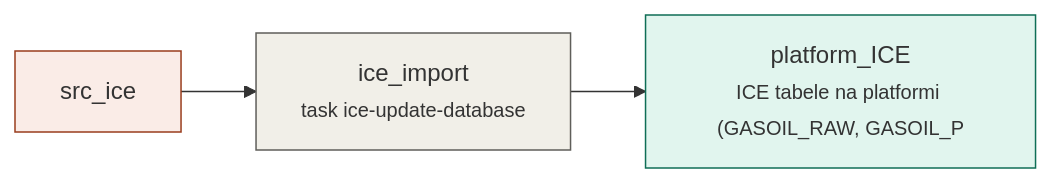
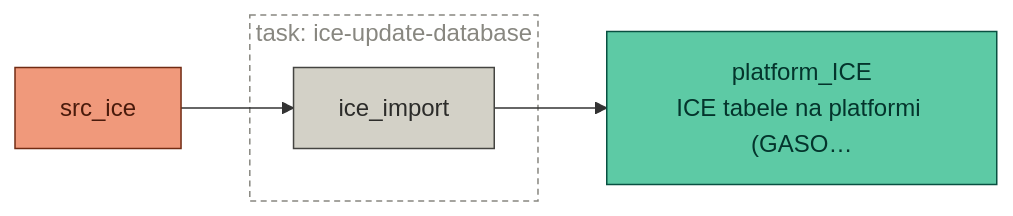
Before and after one commit to majazaloznik/umar-automation-scripts: the diagram in docs/pipelines/task-ice-update-database.md, drawn with Mermaid. The commit also changed 31 other files, not shown here.

Commit message:
Update mermaid plots in pipelines

````diff
--- a/docs/pipelines/task-ice-update-database.md
+++ b/docs/pipelines/task-ice-update-database.md
@@ -21,12 +21,15 @@
 ```mermaid
 flowchart LR
-  src_ice["src_ice<br/><small></small>"]:::source
-  platform_ICE["platform_ICE<br/><small>ICE tabele na platformi (GASOIL_RAW, GASOIL_P</small>"]:::store
-  ice_import["ice_import<br/><small>task ice-update-database</small>"]:::step
+  src_ice["src_ice"]:::source
+  platform_ICE["platform_ICE<br/>ICE tabele na platformi (GASO…"]:::store
+  subgraph task_ice_update_database["task: ice-update-database"]
+    ice_import["ice_import"]:::step
+  end
+  style task_ice_update_database fill:none,stroke:#888780,stroke-dasharray:4 3,color:#888780
   src_ice --> ice_import
   ice_import --> platform_ICE
-  classDef source fill:#FAECE7,stroke:#993C1D
-  classDef step fill:#F1EFE8,stroke:#5F5E5A
-  classDef store fill:#E1F5EE,stroke:#0F6E56
-  classDef output fill:#EEEDFE,stroke:#534AB7
+  classDef source fill:#F0997B,stroke:#712B13,color:#4A1B0C,stroke-width:1px
+  classDef step fill:#D3D1C7,stroke:#444441,color:#2C2C2A,stroke-width:1px
+  classDef store fill:#5DCAA5,stroke:#085041,color:#04342C,stroke-width:1px
+  classDef output fill:#AFA9EC,stroke:#3C3489,color:#26215C,stroke-width:1px
 ```
````
